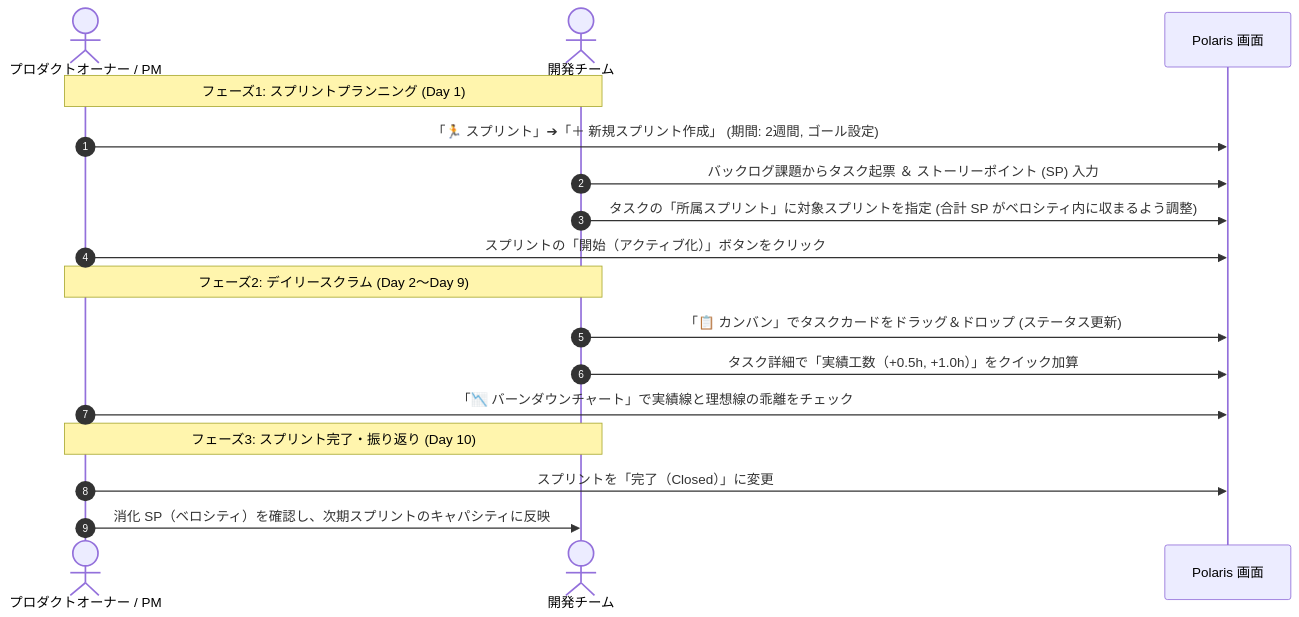
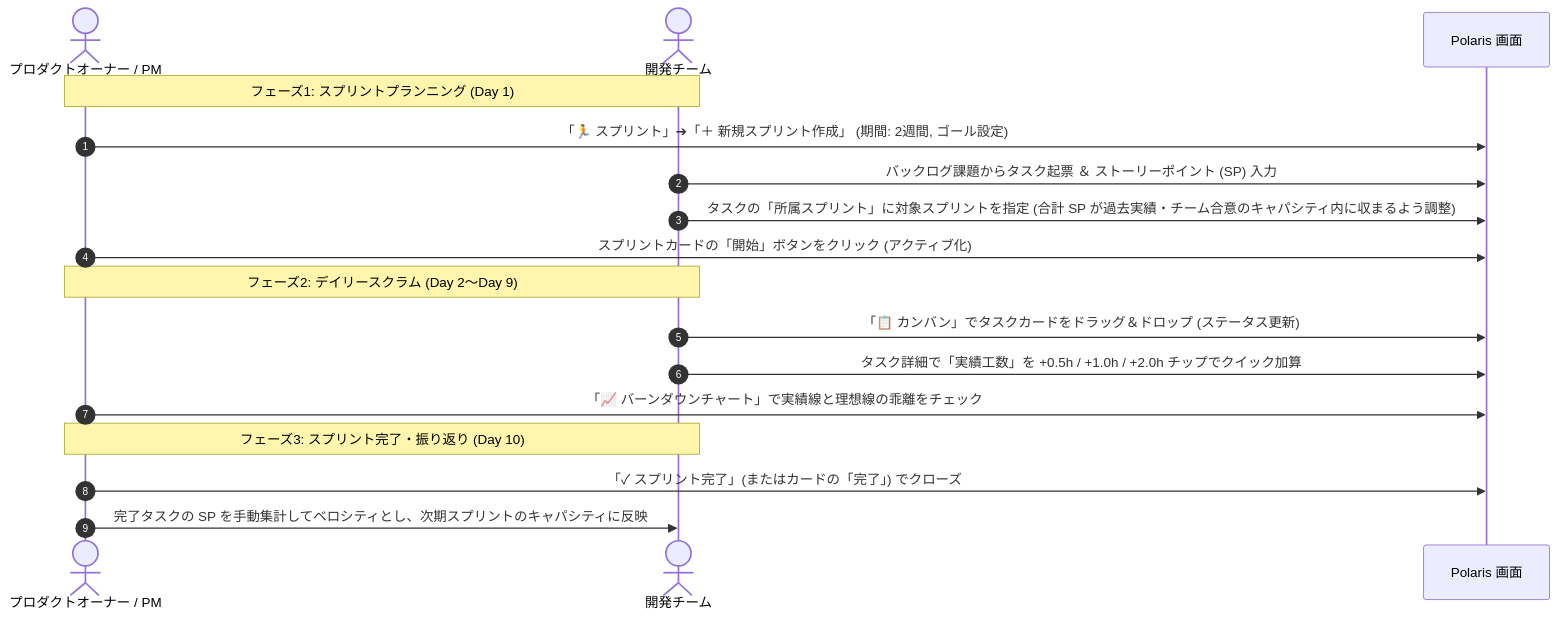
The second of 2 diagrams in docs/scrum_starter_guide.md (takayoshi-u/polaris), drawn with Mermaid before and after one commit. The commit also changed other lines of this file, not shown here.

````diff
--- a/docs/scrum_starter_guide.md
+++ b/docs/scrum_starter_guide.md
@@ -90,22 +95,22 @@
 ```mermaid
 sequenceDiagram
     autonumber
     actor PM as プロダクトオーナー / PM
     actor Dev as 開発チーム
     participant UI as Polaris 画面
 
     Note over PM, Dev: フェーズ1: スプリントプランニング (Day 1)
     PM->>UI: 「🏃 スプリント」➔「＋ 新規スプリント作成」 (期間: 2週間, ゴール設定)
     Dev->>UI: バックログ課題からタスク起票 ＆ ストーリーポイント (SP) 入力
-    Dev->>UI: タスクの「所属スプリント」に対象スプリントを指定 (合計 SP がベロシティ内に収まるよう調整)
-    PM->>UI: スプリントの「開始（アクティブ化）」ボタンをクリック
+    Dev->>UI: タスクの「所属スプリント」に対象スプリントを指定 (合計 SP が過去実績・チーム合意のキャパシティ内に収まるよう調整)
+    PM->>UI: スプリントカードの「開始」ボタンをクリック (アクティブ化)
 
     Note over PM, Dev: フェーズ2: デイリースクラム (Day 2〜Day 9)
     Dev->>UI: 「📋 カンバン」でタスクカードをドラッグ＆ドロップ (ステータス更新)
-    Dev->>UI: タスク詳細で「実績工数（+0.5h, +1.0h）」をクイック加算
-    PM->>UI: 「📉 バーンダウンチャート」で実績線と理想線の乖離をチェック
+    Dev->>UI: タスク詳細で「実績工数」を +0.5h / +1.0h / +2.0h チップでクイック加算
+    PM->>UI: 「📈 バーンダウンチャート」で実績線と理想線の乖離をチェック
 
     Note over PM, Dev: フェーズ3: スプリント完了・振り返り (Day 10)
-    PM->>UI: スプリントを「完了（Closed）」に変更
-    PM->>Dev: 消化 SP（ベロシティ）を確認し、次期スプリントのキャパシティに反映
+    PM->>UI: 「✓ スプリント完了」(またはカードの「完了」) でクローズ
+    PM->>Dev: 完了タスクの SP を手動集計してベロシティとし、次期スプリントのキャパシティに反映
 ```
````
